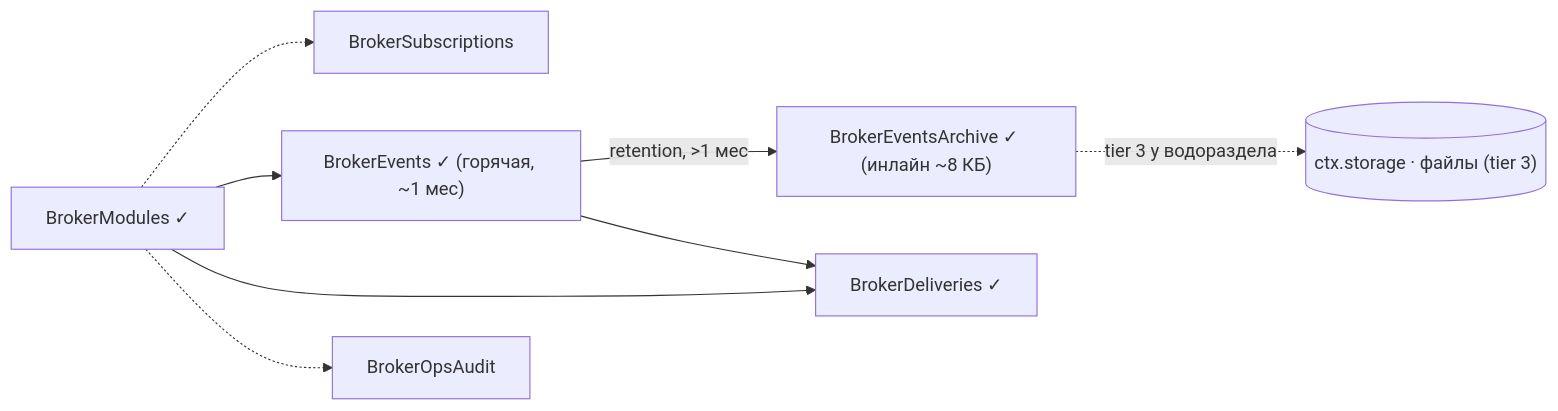
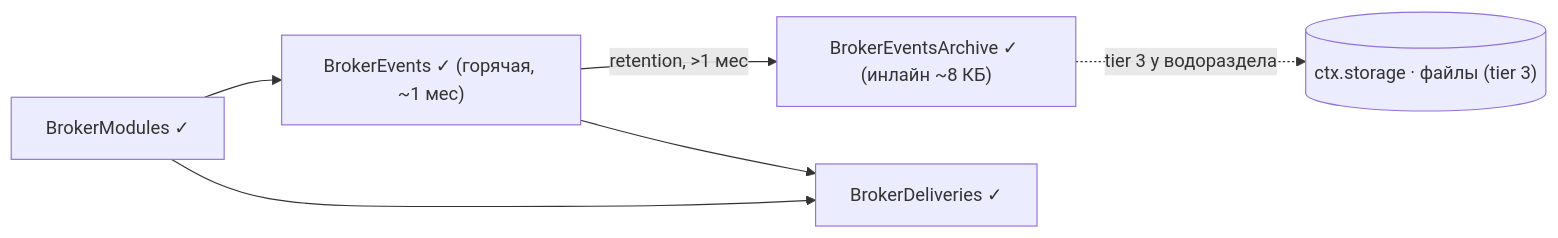
The third of 7 diagrams in s.chtm.khudoley.pro/p/units/aley/bpm/core/docs/spec/spec-map.md (andrey-khudoley/Chatium), drawn with Mermaid before and after one commit. The commit also changed other lines of this file and 4 other files, not shown here.

````diff
--- a/s.chtm.khudoley.pro/p/units/aley/bpm/core/docs/spec/spec-map.md
+++ b/s.chtm.khudoley.pro/p/units/aley/bpm/core/docs/spec/spec-map.md
@@ -116,17 +115,13 @@
 ```mermaid
 flowchart LR
   M["BrokerModules ✓"]
   Ev["BrokerEvents ✓ (горячая, ~1 мес)"]
   Ar["BrokerEventsArchive ✓ (инлайн ~8 КБ)"]
   Fs[("ctx.storage · файлы (tier 3)")]
   De["BrokerDeliveries ✓"]
-  Su["BrokerSubscriptions"]
-  Au["BrokerOpsAudit"]
-  M -.-> Su
   M --> Ev
   Ev -->|"retention, >1 мес"| Ar
   Ar -.->|"tier 3 у водораздела"| Fs
   M --> De
   Ev --> De
-  M -.-> Au
 ```
````
